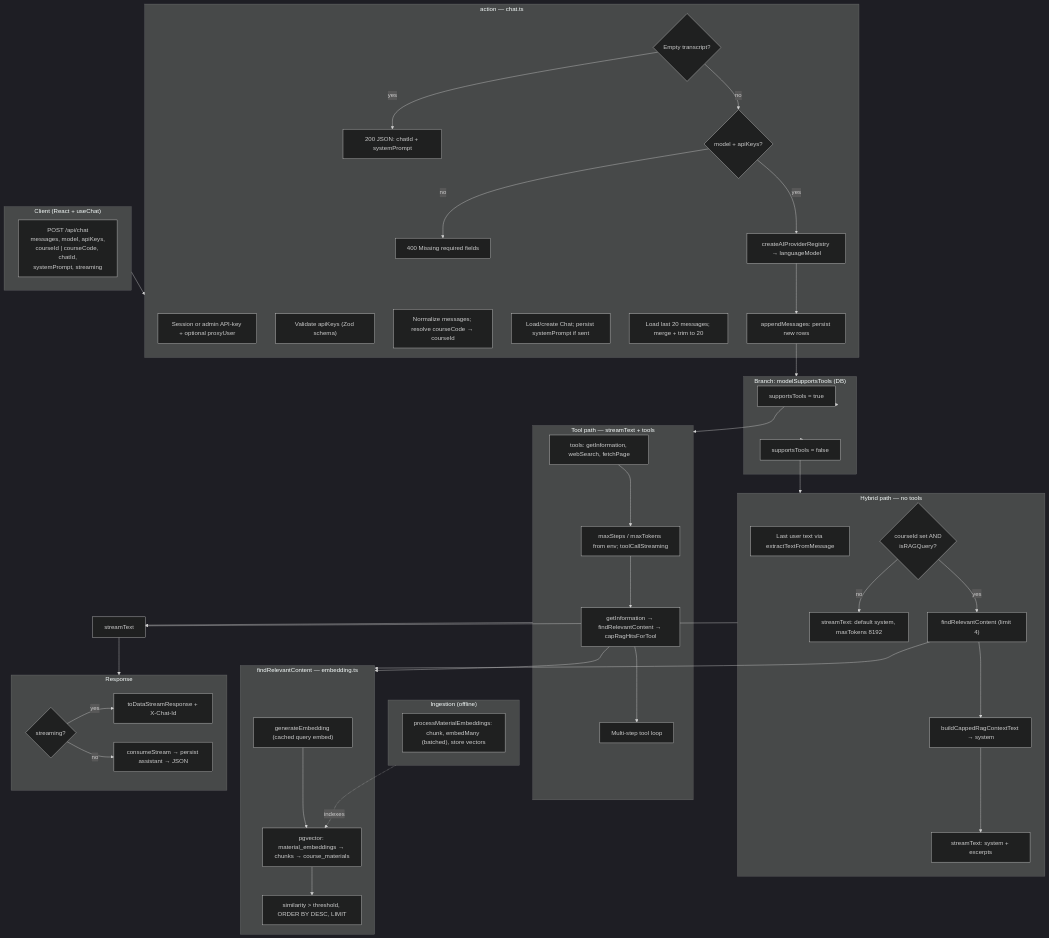
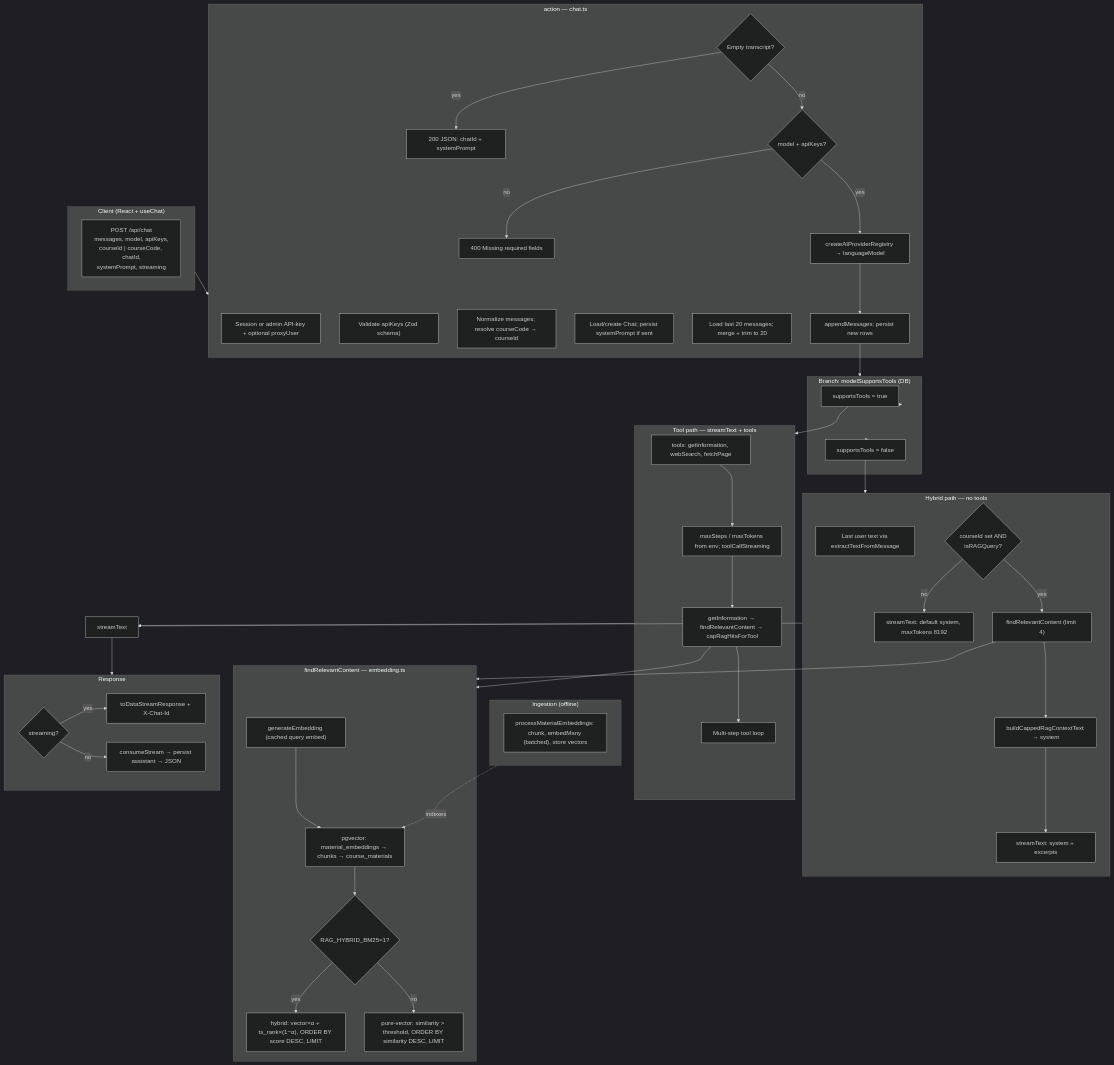
One commit to EduAI-Lab/EduAI changed the diagram in docs/rag-ai/CHAT_RAG_PIPELINE.md. Above: the diagram before and after it, drawn with Mermaid (dark theme). The commit also changed other lines of this file and 7 other files, not shown here.

Commit message:
feat(rag): hybrid BM25+vector retrieval behind RAG_HYBRID_BM25=1 (#432)

````diff
--- a/docs/rag-ai/CHAT_RAG_PIPELINE.md
+++ b/docs/rag-ai/CHAT_RAG_PIPELINE.md
@@ -11,71 +11,73 @@
 ```mermaid
 flowchart TB
   subgraph client["Client (React + useChat)"]
     C1["POST /api/chat<br/>messages, model, apiKeys,<br/>courseId | courseCode, chatId,<br/>systemPrompt, streaming"]
   end
 
   subgraph entry["action — chat.ts"]
     A1["Session or admin API-key + optional proxyUser"]
     A2["Validate apiKeys (Zod schema)"]
     A3["Normalize messages; resolve courseCode → courseId"]
     A4["Load/create Chat; persist systemPrompt if sent"]
     A5["Load last 20 messages; merge + trim to 20"]
     A6{"Empty transcript?"}
     A6 -->|yes| A7["200 JSON: chatId + systemPrompt"]
     A6 -->|no| A8{"model + apiKeys?"}
     A8 -->|no| A9["400 Missing required fields"]
     A8 -->|yes| A10["createAIProviderRegistry → languageModel"]
     A11["appendMessages: persist new rows"]
   end
 
   subgraph branch["Branch: modelSupportsTools (DB)"]
     B1["supportsTools = true"]
     B2["supportsTools = false"]
   end
 
   subgraph hybrid["Hybrid path — no tools"]
     H1["Last user text via extractTextFromMessage"]
     H2{"courseId set AND<br/>isRAGQuery?"}
     H2 -->|no| H3["streamText: default system, maxTokens 8192"]
     H2 -->|yes| H4["findRelevantContent (limit 4)"]
     H5["buildCappedRagContextText → system"]
     H6["streamText: system + excerpts"]
     H4 --> H5 --> H6
   end
 
   subgraph toolpath["Tool path — streamText + tools"]
     P1["tools: getInformation, webSearch, fetchPage"]
     P2["maxSteps / maxTokens from env; toolCallStreaming"]
     P3["getInformation → findRelevantContent → capRagHitsForTool"]
     P4["Multi-step tool loop"]
     P1 --> P2 --> P3 --> P4
   end
 
   subgraph ragcore["findRelevantContent — embedding.ts"]
     R1["generateEmbedding (cached query embed)"]
     R2["pgvector: material_embeddings → chunks → course_materials"]
-    R3["similarity > threshold, ORDER BY DESC, LIMIT"]
+    R3{"RAG_HYBRID_BM25=1?"}
+    R3 -->|yes| R4["hybrid: vector×α + ts_rank×(1−α), ORDER BY score DESC, LIMIT"]
+    R3 -->|no| R5["pure-vector: similarity > threshold, ORDER BY similarity DESC, LIMIT"]
     R1 --> R2 --> R3
   end
 
   subgraph ingest["Ingestion (offline)"]
     I1["processMaterialEmbeddings: chunk, embedMany (batched), store vectors"]
   end
 
   subgraph out["Response"]
     O1{"streaming?"}
     O1 -->|yes| O2["toDataStreamResponse + X-Chat-Id"]
     O1 -->|no| O3["consumeStream → persist assistant → JSON"]
   end
 
   client --> entry
   A10 --> A11 --> branch
   branch --> B1 --> toolpath
   branch --> B2 --> hybrid
   H4 --> ragcore
   P3 --> ragcore
   ingest -.->|"indexes"| R2
   hybrid --> ST["streamText"]
   toolpath --> ST
   ST --> out
 ```
````
